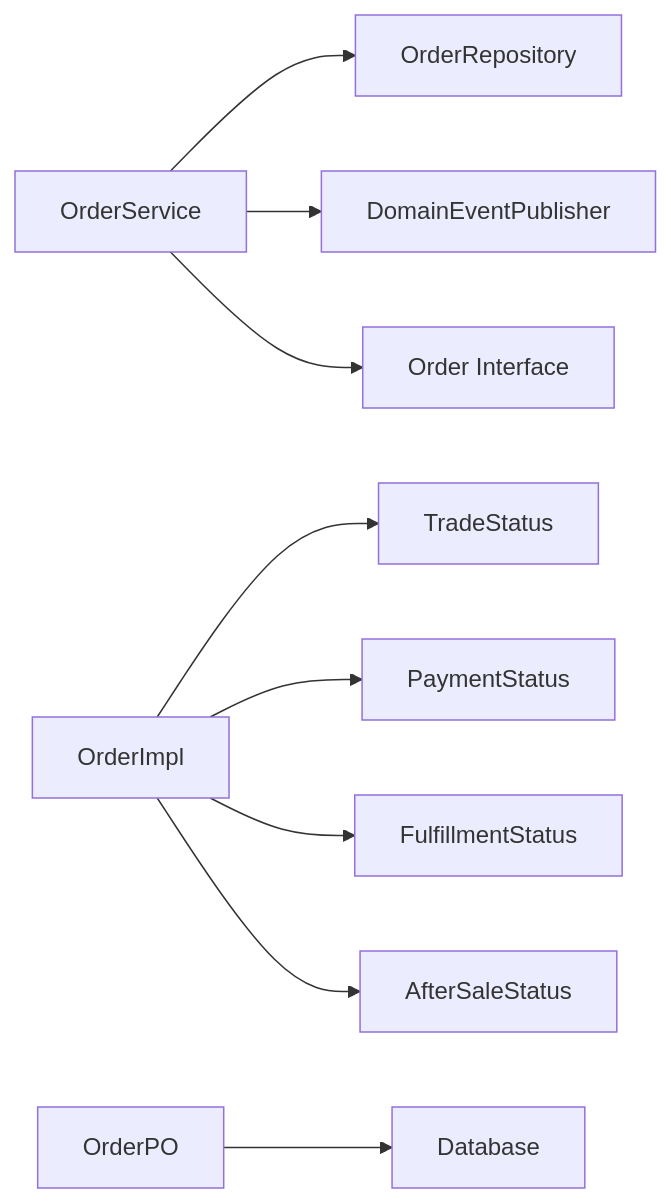
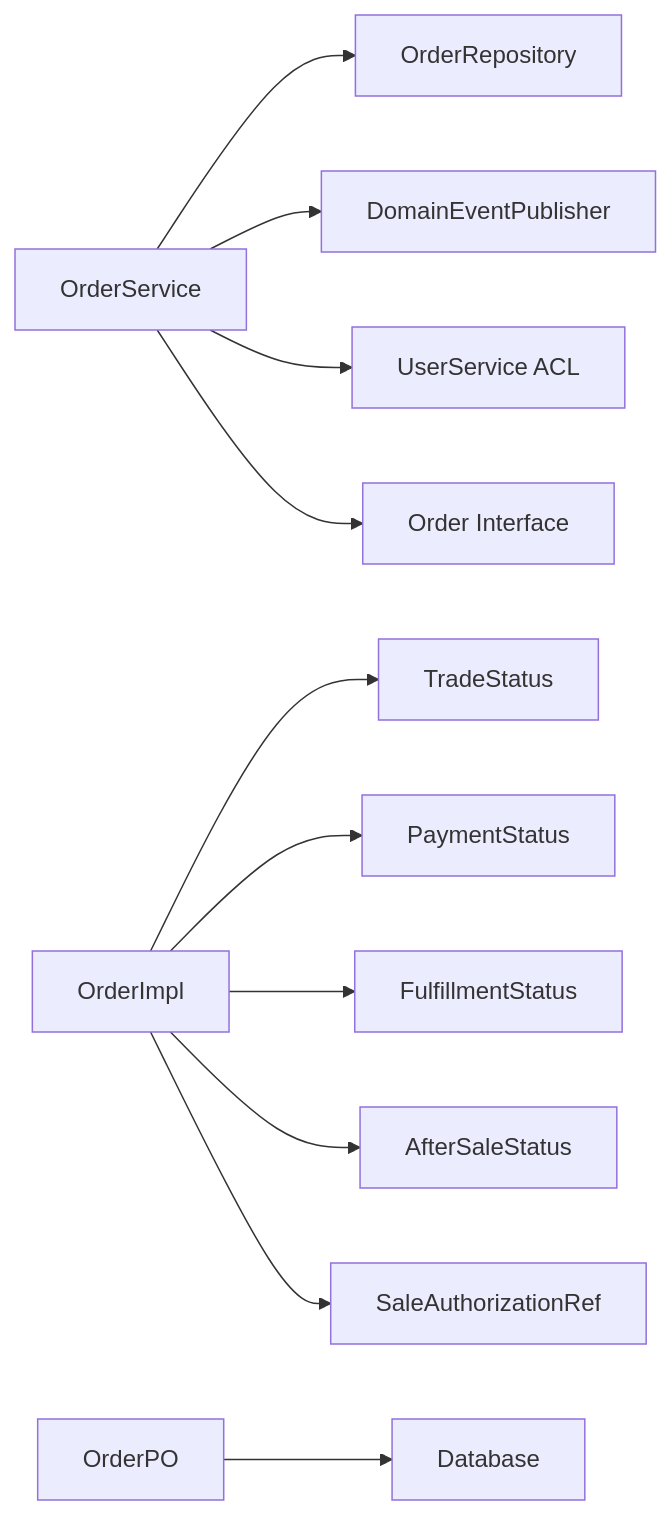
The eighth of 8 diagrams in .qoder/repowiki/en/content/Order Management Module/Order Management Module.md (ddd-mall/j-store), drawn with Mermaid before and after one commit. The commit also changed other lines of this file and 334 other files, not shown here.

````diff
--- a/.qoder/repowiki/en/content/Order Management Module/Order Management Module.md
+++ b/.qoder/repowiki/en/content/Order Management Module/Order Management Module.md
@@ -399,11 +484,13 @@
 ```mermaid
 graph LR
 OS["OrderService"] --> OR["OrderRepository"]
 OS --> EP["DomainEventPublisher"]
+OS --> US["UserService ACL"]
 OS --> OI["Order Interface"]
 OI_IMPL["OrderImpl"] --> TS["TradeStatus"]
 OI_IMPL --> PS["PaymentStatus"]
 OI_IMPL --> FS["FulfillmentStatus"]
 OI_IMPL --> AS["AfterSaleStatus"]
+OI_IMPL --> SAR["SaleAuthorizationRef"]
 PO["OrderPO"] --> DB["Database"]
 ```
````
